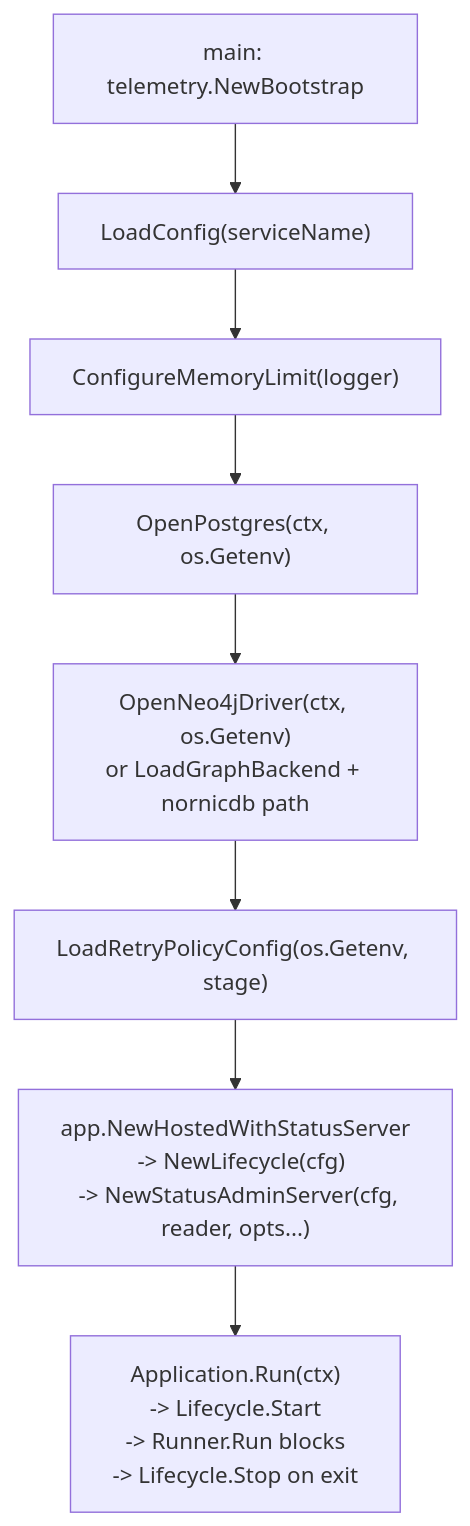
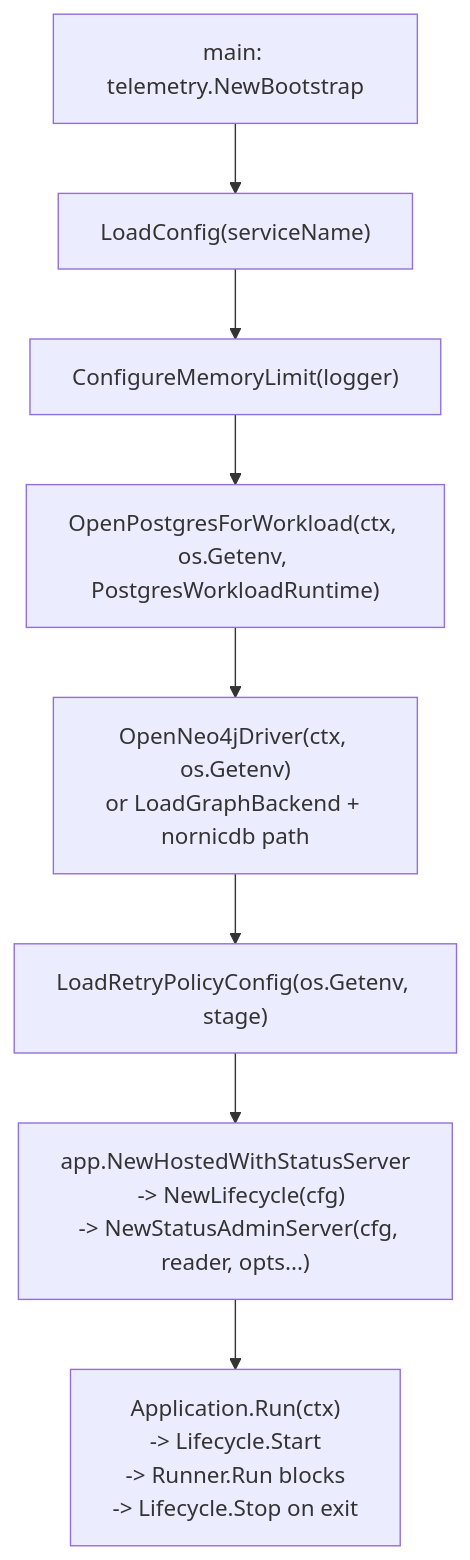
Before and after one commit to eshu-hq/eshu: the second of 2 diagrams in go/internal/runtime/README.md, drawn with Mermaid. The commit also changed other lines of this file and 237 other files, not shown here.

````diff
--- a/go/internal/runtime/README.md
+++ b/go/internal/runtime/README.md
@@ -50,10 +50,10 @@
 ```mermaid
 flowchart TB
   A["main: telemetry.NewBootstrap"] --> B["LoadConfig(serviceName)"]
   B --> C["ConfigureMemoryLimit(logger)"]
-  C --> D["OpenPostgres(ctx, os.Getenv)"]
+  C --> D["OpenPostgresForWorkload(ctx, os.Getenv, PostgresWorkloadRuntime)"]
   D --> E["OpenNeo4jDriver(ctx, os.Getenv)\nor LoadGraphBackend + nornicdb path"]
   E --> F["LoadRetryPolicyConfig(os.Getenv, stage)"]
   F --> G["app.NewHostedWithStatusServer\n  -> NewLifecycle(cfg)\n  -> NewStatusAdminServer(cfg, reader, opts...)"]
   G --> H["Application.Run(ctx)\n  -> Lifecycle.Start\n  -> Runner.Run blocks\n  -> Lifecycle.Stop on exit"]
 ```
````
